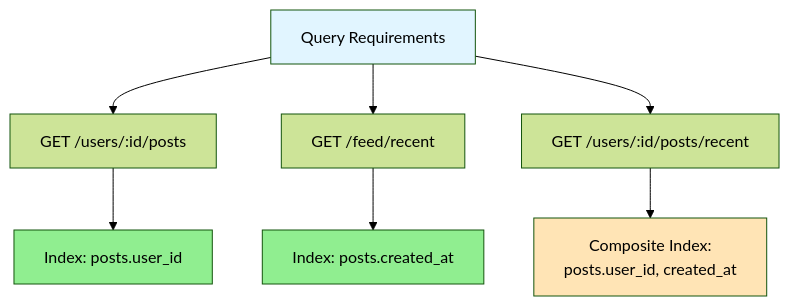
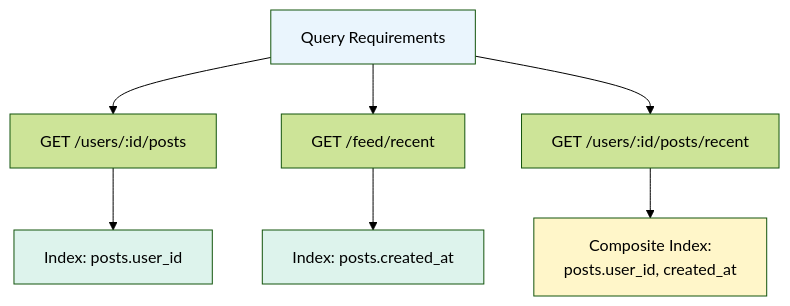
Diagram 13 of 27 in LLD/CoreConcepts/DataModelling.md (cartmancodes/InterviewVault), drawn with Mermaid (forest theme) before and after one commit. The commit also changed other lines of this file and 679 other files, not shown here.

Commit message:
Unify content diagrams and add accessible visual walkthroughs

````diff
--- a/LLD/CoreConcepts/DataModelling.md
+++ b/LLD/CoreConcepts/DataModelling.md
@@ -603,17 +603,17 @@
 ```mermaid
 graph TB
     Q[Query Requirements]
     
     Q --> Q1[GET /users/:id/posts]
     Q --> Q2[GET /feed/recent]
     Q --> Q3[GET /users/:id/posts/recent]
     
     Q1 --> I1[Index: posts.user_id]
     Q2 --> I2[Index: posts.created_at]
     Q3 --> I3[Composite Index:<br/>posts.user_id, created_at]
     
-    style Q fill:#e1f5ff
-    style I1 fill:#90EE90
-    style I2 fill:#90EE90
-    style I3 fill:#FFE4B5
+    style Q fill:#EAF5FD
+    style I1 fill:#DDF3EC
+    style I2 fill:#DDF3EC
+    style I3 fill:#FFF6C9
 ```
````
